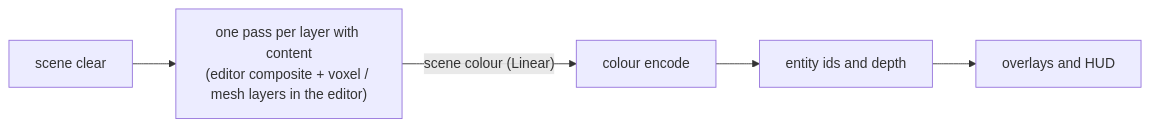
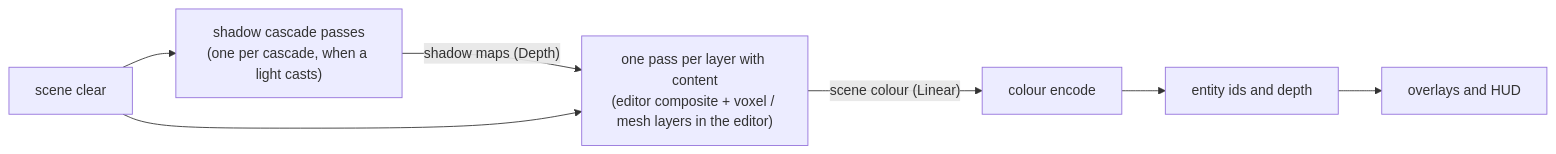
The fourth of 13 diagrams in doc/pages/renderer.md (Silmaen/Owl), drawn with Mermaid before and after one commit. The commit also changed other lines of this file and 63 other files, not shown here.

````diff
--- a/doc/pages/renderer.md
+++ b/doc/pages/renderer.md
@@ -181,7 +182,9 @@
 ```mermaid
 flowchart LR
-    C["scene clear"] --> L["one pass per layer with content<br/>(editor composite + voxel / mesh layers in the editor)"]
+    C["scene clear"] --> S["shadow cascade passes<br/>(one per cascade, when a light casts)"]
+    S -->|"shadow maps (Depth)"| L["one pass per layer with content<br/>(editor composite + voxel / mesh layers in the editor)"]
+    C --> L
     L -->|"scene colour (Linear)"| E["colour encode"]
     E --> I["entity ids and depth"]
     I --> O["overlays and HUD"]
 ```
````
